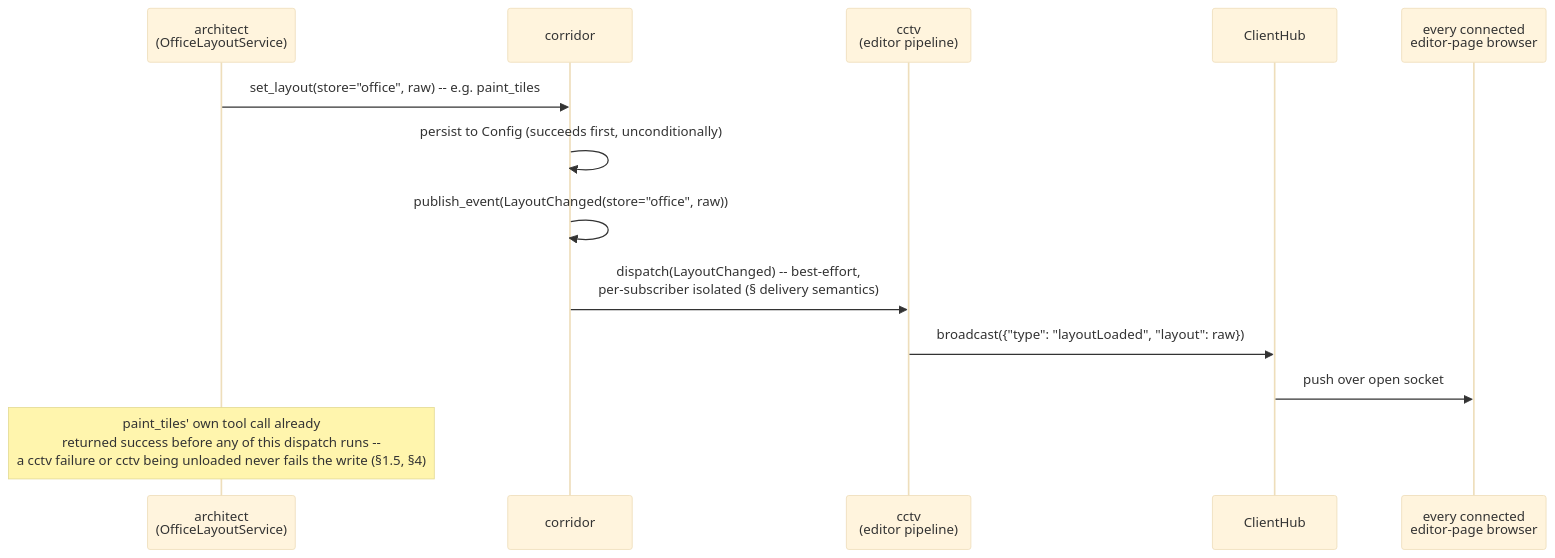
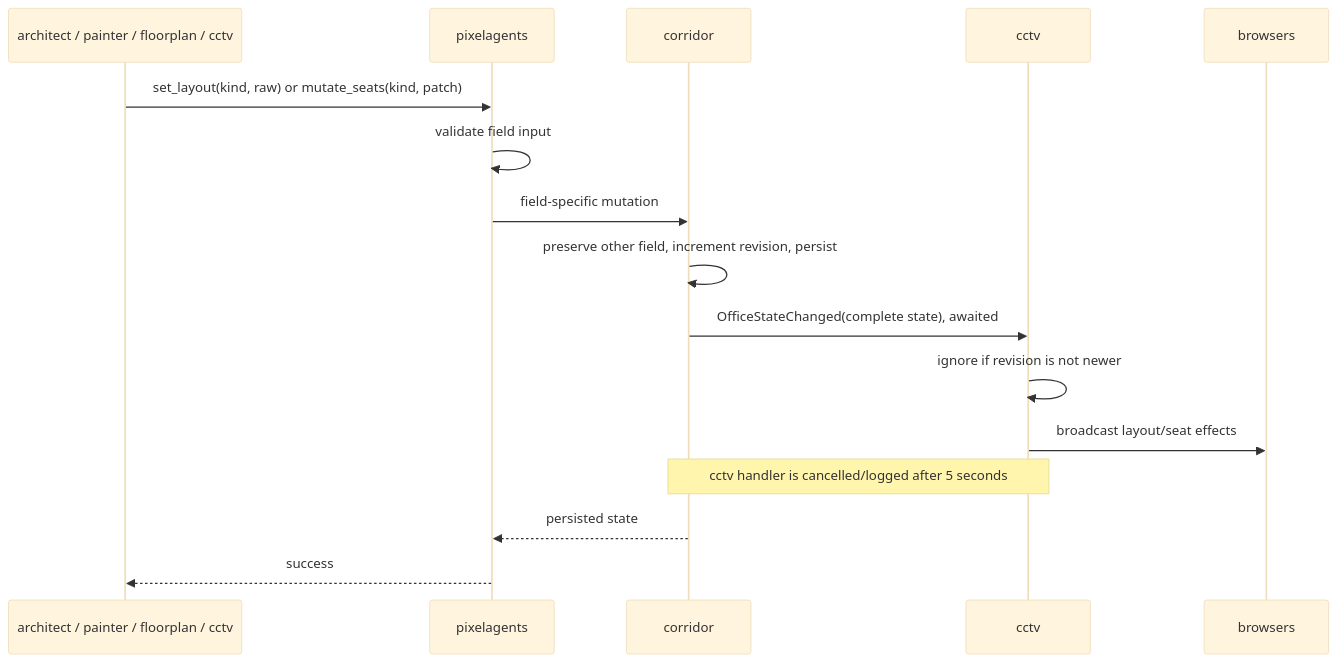
One commit to pixel-agents-hq/pixel-agents-cogs changed the third of 4 diagrams in docs/cctv-design.md. Above: the diagram before and after it, drawn with Mermaid (base theme). The commit also changed other lines of this file, not shown here.

Commit message:
docs: finalize cctv extraction architecture

````diff
--- a/docs/cctv-design.md
+++ b/docs/cctv-design.md
@@ -463,16 +381,19 @@
 ```mermaid
 sequenceDiagram
-    participant Arch as architect<br/>(OfficeLayoutService)
-    participant Cor as corridor
-    participant Cctv as cctv<br/>(editor pipeline)
-    participant Hub as ClientHub #2
-    participant B as every connected<br/>editor-page browser
+    participant A as architect / painter / floorplan / cctv
+    participant P as pixelagents
+    participant R as corridor
+    participant C as cctv
+    participant B as browsers
 
-    Arch->>Cor: set_layout(store="office", raw) -- e.g. paint_tiles
-    Cor->>Cor: persist to Config (succeeds first, unconditionally)
-    Cor->>Cor: publish_event(LayoutChanged(store="office", raw))
-    Cor->>Cctv: dispatch(LayoutChanged) -- best-effort,<br/>per-subscriber isolated (§ delivery semantics)
-    Cctv->>Hub: broadcast({"type": "layoutLoaded", "layout": raw})
-    Hub->>B: push over open socket
-    Note over Arch: paint_tiles' own tool call already<br/>returned success before any of this dispatch runs --<br/>a cctv failure or cctv being unloaded never fails the write (§1.5, §4)
+    A->>P: set_layout(kind, raw) or mutate_seats(kind, patch)
+    P->>P: validate field input
+    P->>R: field-specific mutation
+    R->>R: preserve other field, increment revision, persist
+    R->>C: OfficeStateChanged(complete state), awaited
+    C->>C: ignore if revision is not newer
+    C->>B: broadcast layout/seat effects
+    Note over R,C: cctv handler is cancelled/logged after 5 seconds
+    R-->>P: persisted state
+    P-->>A: success
 ```
````
